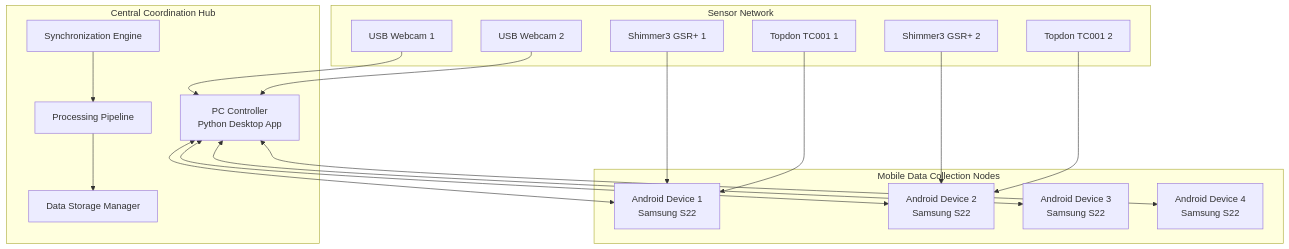
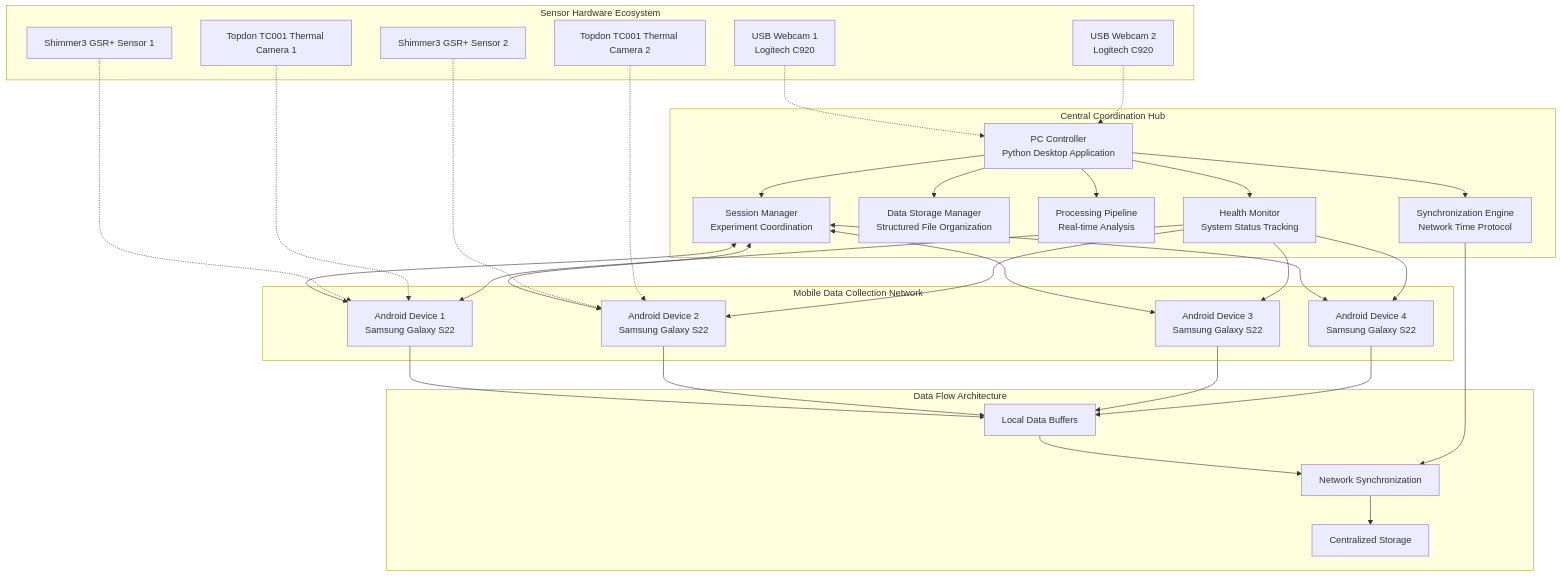
Before and after one commit to buccancs/fyp-multi-sensor-recording-system: the first of 5 diagrams in docs/thesis_report/Chapter_4_Design_and_Implementation.md, drawn with Mermaid. The commit also changed other lines of this file and 2 other files, not shown here.

````diff
--- a/docs/thesis_report/Chapter_4_Design_and_Implementation.md
+++ b/docs/thesis_report/Chapter_4_Design_and_Implementation.md
@@ -32,33 +42,65 @@
 ```mermaid
 graph TB
     subgraph "Central Coordination Hub"
-        PC[PC Controller<br/>Python Desktop App]
-        SYNC[Synchronization Engine]
-        STORE[Data Storage Manager]
-        PROC[Processing Pipeline]
+        PC[PC Controller<br/>Python Desktop Application]
+        SYNC[Synchronization Engine<br/>Network Time Protocol]
+        STORE[Data Storage Manager<br/>Structured File Organization]
+        PROC[Processing Pipeline<br/>Real-time Analysis]
+        HEALTH[Health Monitor<br/>System Status Tracking]
+        SESSION[Session Manager<br/>Experiment Coordination]
     end
     
-    subgraph "Mobile Data Collection Nodes"
-        A1[Android Device 1<br/>Samsung S22]
-        A2[Android Device 2<br/>Samsung S22]
-        A3[Android Device 3<br/>Samsung S22]
-        A4[Android Device 4<br/>Samsung S22]
+    subgraph "Mobile Data Collection Network"
+        A1[Android Device 1<br/>Samsung Galaxy S22]
+        A2[Android Device 2<br/>Samsung Galaxy S22]
+        A3[Android Device 3<br/>Samsung Galaxy S22]
+        A4[Android Device 4<br/>Samsung Galaxy S22]
     end
     
-    subgraph "Sensor Network"
-        S1[Shimmer3 GSR+ 1] --> A1
-        S2[Shimmer3 GSR+ 2] --> A2
-        T1[Topdon TC001 1] --> A1
-        T2[Topdon TC001 2] --> A2
-        W1[USB Webcam 1] --> PC
-        W2[USB Webcam 2] --> PC
+    subgraph "Sensor Hardware Ecosystem"
+        S1[Shimmer3 GSR+ Sensor 1] 
+        S2[Shimmer3 GSR+ Sensor 2]
+        T1[Topdon TC001 Thermal Camera 1]
+        T2[Topdon TC001 Thermal Camera 2]
+        W1[USB Webcam 1<br/>Logitech C920]
+        W2[USB Webcam 2<br/>Logitech C920]
     end
     
-    PC <--> A1
-    PC <--> A2
-    PC <--> A3
-    PC <--> A4
+    subgraph "Data Flow Architecture"
+        LOCAL_BUFFER[Local Data Buffers]
+        NETWORK_SYNC[Network Synchronization]
+        CENTRAL_STORAGE[Centralized Storage]
+    end
     
-    SYNC --> PROC
-    PROC --> STORE
+    PC --> SYNC
+    PC --> STORE
+    PC --> PROC
+    PC --> HEALTH
+    PC --> SESSION
+    
+    SESSION <--> A1
+    SESSION <--> A2
+    SESSION <--> A3
+    SESSION <--> A4
+    
+    S1 -.-> A1
+    S2 -.-> A2
+    T1 -.-> A1
+    T2 -.-> A2
+    W1 -.-> PC
+    W2 -.-> PC
+    
+    A1 --> LOCAL_BUFFER
+    A2 --> LOCAL_BUFFER
+    A3 --> LOCAL_BUFFER
+    A4 --> LOCAL_BUFFER
+    
+    LOCAL_BUFFER --> NETWORK_SYNC
+    NETWORK_SYNC --> CENTRAL_STORAGE
+    
+    SYNC --> NETWORK_SYNC
+    HEALTH --> A1
+    HEALTH --> A2
+    HEALTH --> A3
+    HEALTH --> A4
 ```
````
